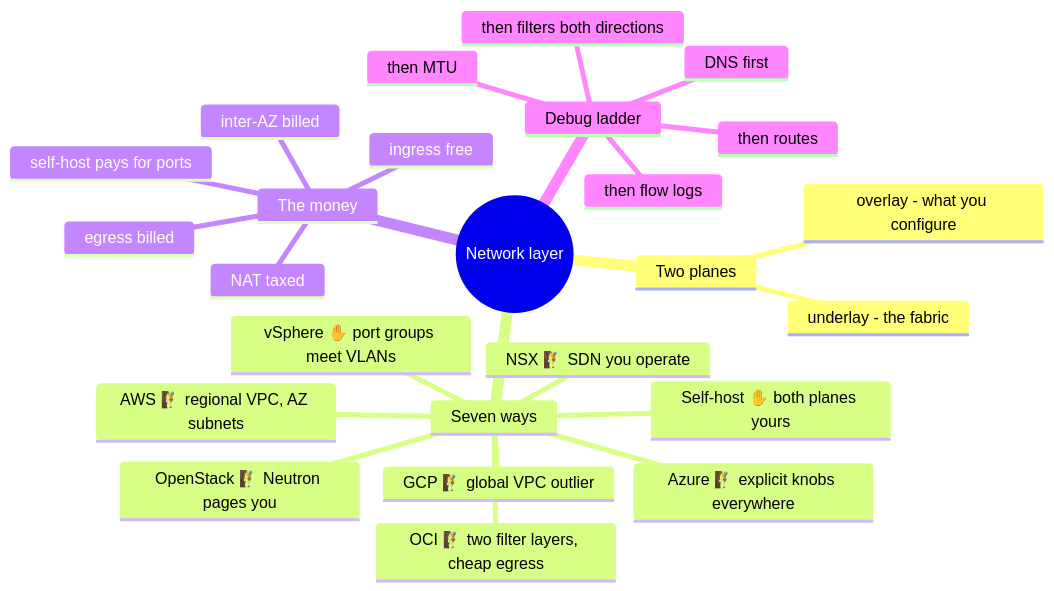
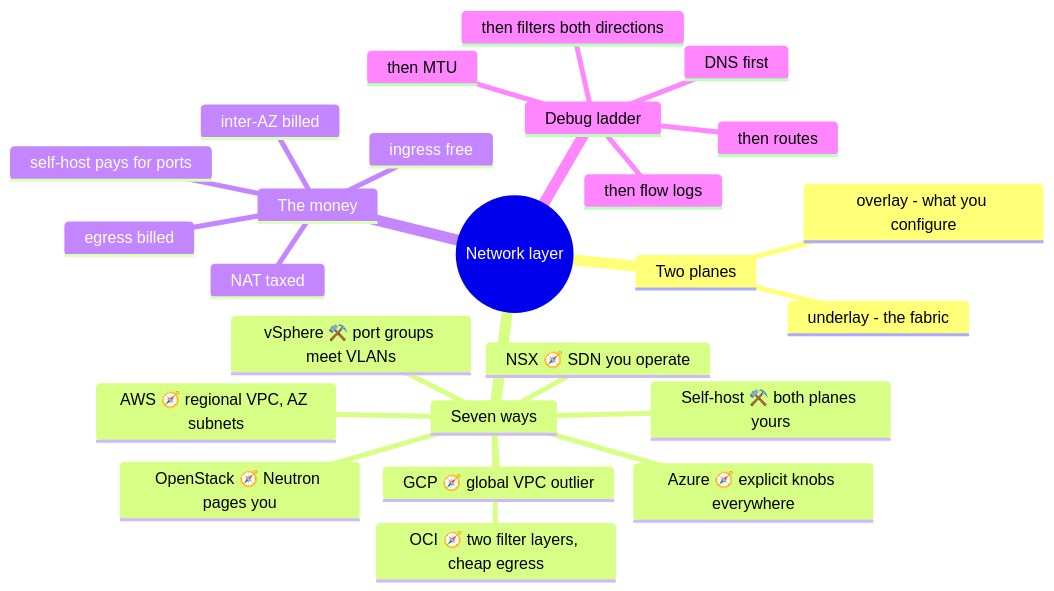
One commit to vicenteliu/sysadmin-self-cultivation changed the fifth of 5 diagrams in the-stack/02-network.md. Above: the diagram before and after it, drawn with Mermaid. The commit also changed other lines of this file and 84 other files, not shown here.

First line of the commit message:
docs: carry the markers through the prose — 85 files, mermaid included

````diff
--- a/the-stack/02-network.md
+++ b/the-stack/02-network.md
@@ -265,28 +265,28 @@
 ```mermaid
 mindmap
   root((Network layer))
     Two planes
       underlay - the fabric
       overlay - what you configure
     Seven ways
-      Self-host ✋ both planes yours
-      vSphere ✋ port groups meet VLANs
-      NSX 🧗 SDN you operate
-      OpenStack 🧗 Neutron pages you
-      AWS 🧗 regional VPC, AZ subnets
-      Azure 🧗 explicit knobs everywhere
-      GCP 🧗 global VPC outlier
-      OCI 🧗 two filter layers, cheap egress
+      Self-host ⚒️ both planes yours
+      vSphere ⚒️ port groups meet VLANs
+      NSX 🧭 SDN you operate
+      OpenStack 🧭 Neutron pages you
+      AWS 🧭 regional VPC, AZ subnets
+      Azure 🧭 explicit knobs everywhere
+      GCP 🧭 global VPC outlier
+      OCI 🧭 two filter layers, cheap egress
     The money
       ingress free
       egress billed
       inter-AZ billed
       NAT taxed
       self-host pays for ports
     Debug ladder
       DNS first
       then routes
       then filters both directions
       then MTU
       then flow logs
 ```
````
